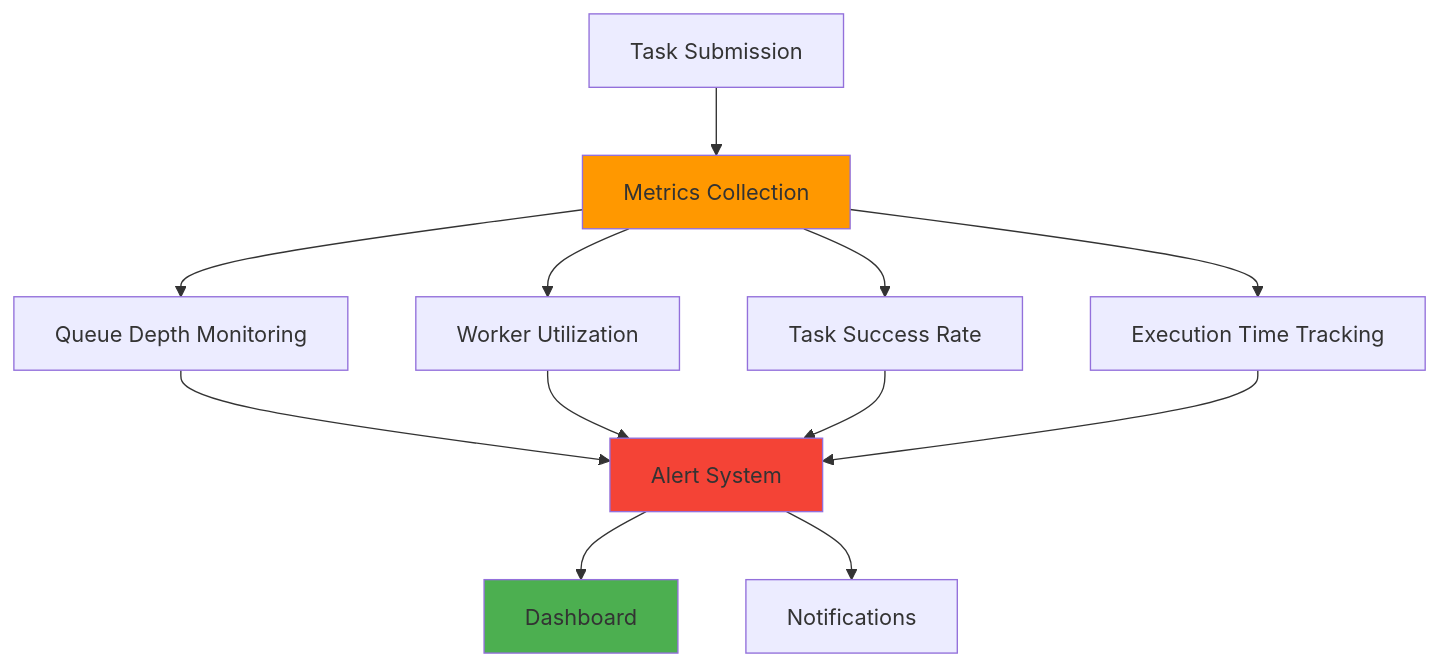
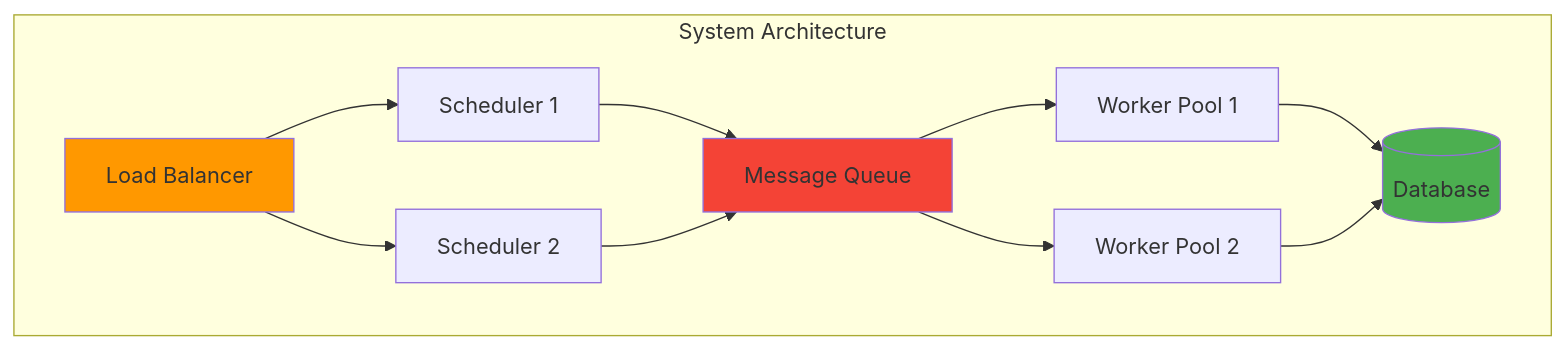
Before and after one commit to samadeep/samadeep.github.io: the third of 3 diagrams in _posts/2024-01-15-understanding-schedulers-and-worker-schedulers.md, drawn with Mermaid. The commit also changed other lines of this file and 2 other files, not shown here.

Commit message:
fix: performance guide and issue with diagrams

```diff
--- a/_posts/2024-01-15-understanding-schedulers-and-worker-schedulers.md
+++ b/_posts/2024-01-15-understanding-schedulers-and-worker-schedulers.md
@@ -338,20 +347,25 @@
 {% mermaid %}
 graph TB
-    A[Task Submission] --> B[Metrics Collection]
-    B --> C[Queue Depth Monitoring]
-    B --> D[Worker Utilization]
-    B --> E[Task Success Rate]
-    B --> F[Execution Time Tracking]
+    subgraph "System Architecture"
+        LB[Load Balancer]
+        S1[Scheduler 1]
+        S2[Scheduler 2]
+        MQ[Message Queue]
+        W1[Worker Pool 1]
+        W2[Worker Pool 2]
+        DB[(Database)]
+    end
     
-    C --> G[Alert System]
-    D --> G
-    E --> G
-    F --> G
+    LB --> S1
+    LB --> S2
+    S1 --> MQ
+    S2 --> MQ
+    MQ --> W1
+    MQ --> W2
+    W1 --> DB
+    W2 --> DB
     
-    G --> H[Dashboard]
-    G --> I[Notifications]
-    
-    style B fill:#ff9800
-    style G fill:#f44336
-    style H fill:#4caf50
+    style LB fill:#ff9800
+    style MQ fill:#f44336
+    style DB fill:#4caf50
 {% endmermaid %}
```
